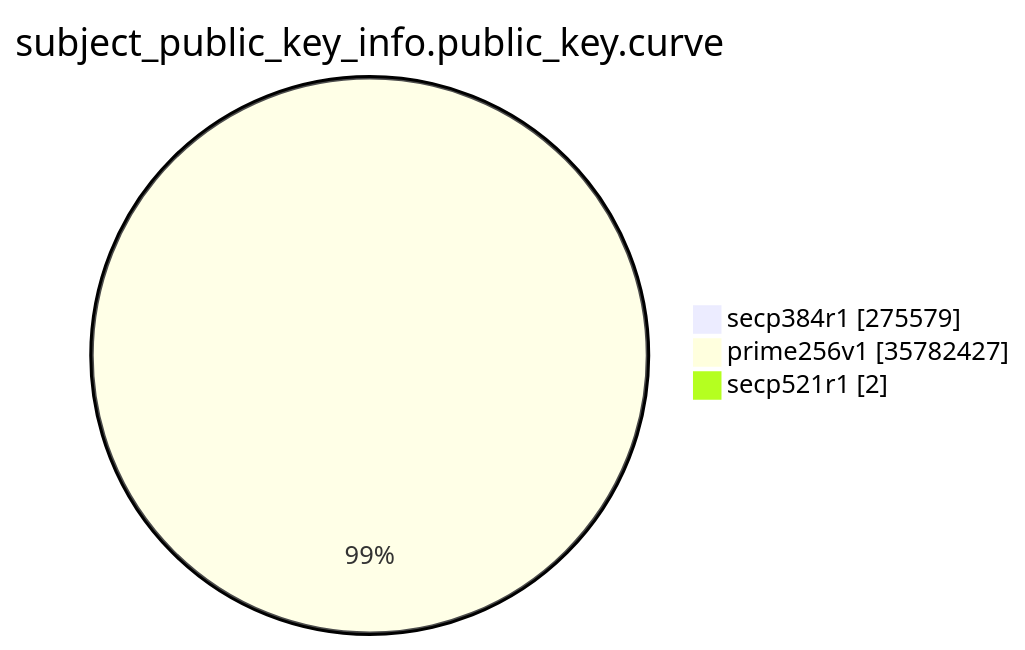
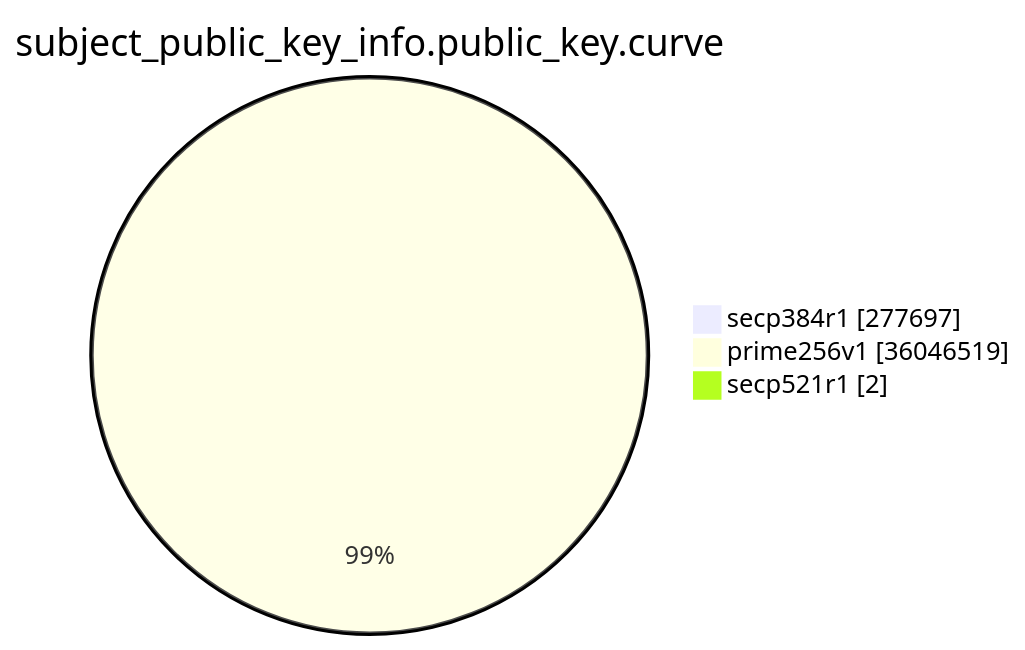
Before and after one commit to christiankrug/ctmonitor_visualization: the eighth of 15 diagrams in argon2023/README.md, drawn with Mermaid. The commit also changed other lines of this file, not shown here.

````diff
--- a/argon2023/README.md
+++ b/argon2023/README.md
@@ -2161,7 +2163,7 @@
 ```mermaid
 pie showData
 title subject_public_key_info.public_key.curve
-"secp384r1" :275579
-"prime256v1" :35782427
+"secp384r1" :277697
+"prime256v1" :36046519
 "secp521r1" :2
 ```
````
